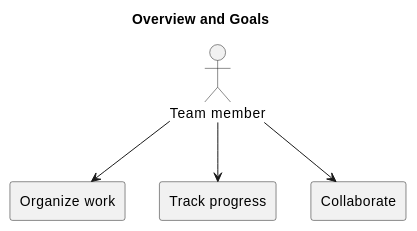
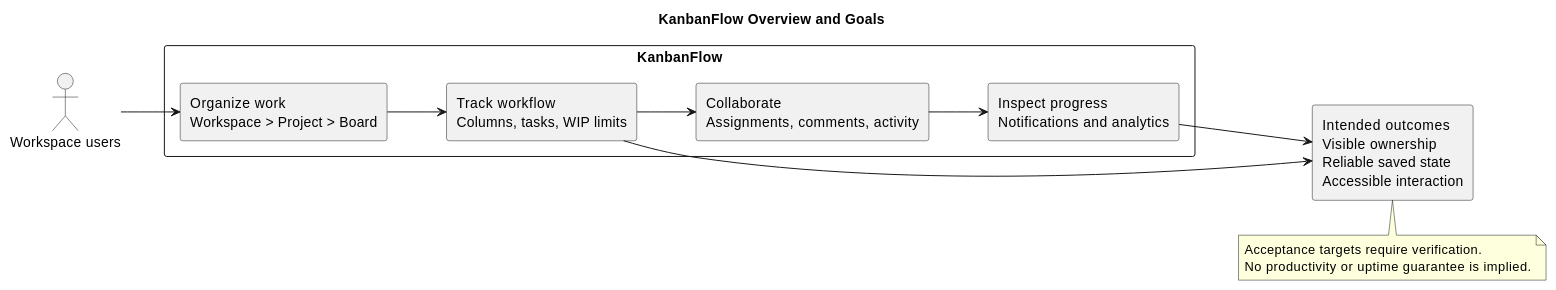
The diagram in docs/Project-Definition/overview-and-goals.md (Farhad-Valizadegan/Web-KanbanFlow), drawn with PlantUML before and after one commit. The commit also changed other lines of this file and 2 other files, not shown here.

Commit message:
docs: complete KanbanFlow overview and product goals

````diff
--- a/docs/Project-Definition/overview-and-goals.md
+++ b/docs/Project-Definition/overview-and-goals.md
@@ -25,12 +89,24 @@
 ```plantuml
 @startuml
-title Overview and Goals
-actor "Team member" as U
-rectangle "Organize work" as W
-rectangle "Track progress" as P
-rectangle "Collaborate" as C
-U --> W
-U --> P
-U --> C
+title KanbanFlow Overview and Goals
+left to right direction
+actor "Workspace users" as U
+rectangle "KanbanFlow" {
+ rectangle "Organize work\nWorkspace > Project > Board" as O
+ rectangle "Track workflow\nColumns, tasks, WIP limits" as W
+ rectangle "Collaborate\nAssignments, comments, activity" as C
+ rectangle "Inspect progress\nNotifications and analytics" as A
+}
+rectangle "Intended outcomes\nVisible ownership\nReliable saved state\nAccessible interaction" as R
+U --> O
+O --> W
+W --> C
+C --> A
+W --> R
+A --> R
+note bottom of R
+Acceptance targets require verification.
+No productivity or uptime guarantee is implied.
+end note
 @enduml
 ```
````
